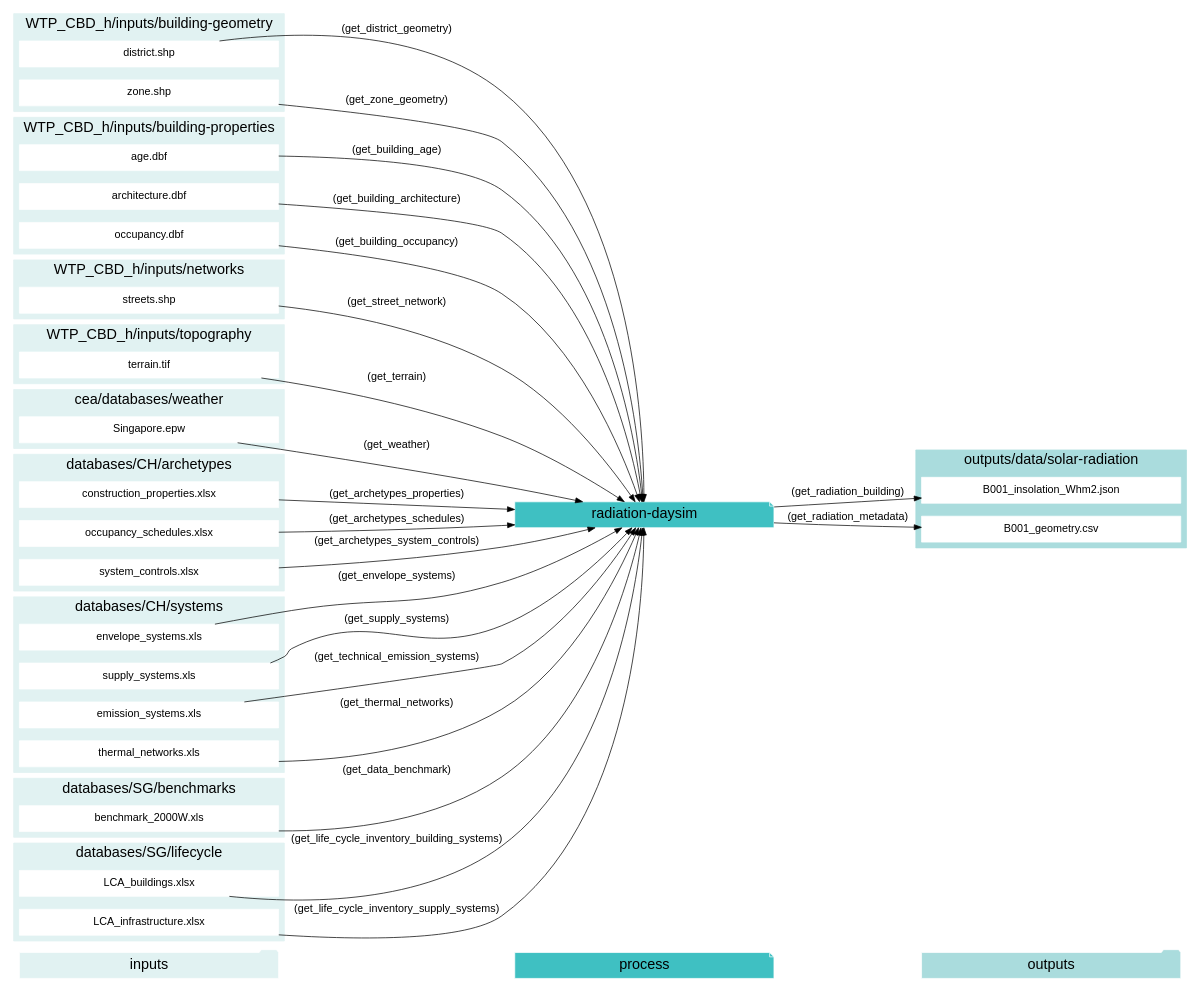
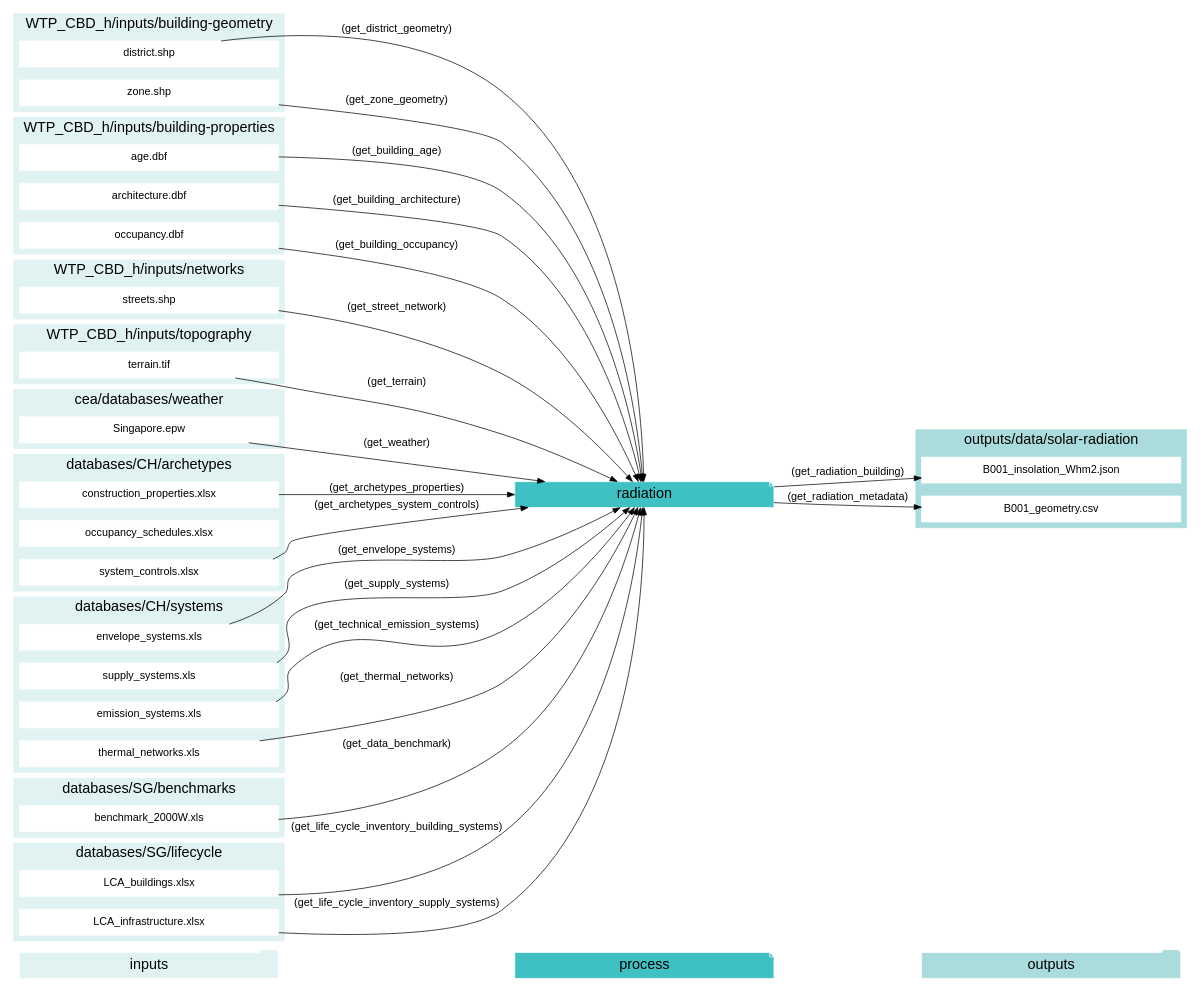
Diagram 11 of 12 in docs/script-data-flow.rst (architecture-building-systems/CityEnergyAnalyst), drawn with Graphviz before and after one commit. The commit also changed other lines of this file and 15 other files, not shown here.

Commit message:
get rid of radiation-daysim name ->> radiation

```diff
--- a/docs/script-data-flow.rst
+++ b/docs/script-data-flow.rst
@@ -1479,7 +1479,7 @@
     "inputs"->"process"[style=invis]
     "process"->"outputs"[style=invis]
     }
-    "radiation-daysim"[style=filled, color=white, fillcolor="#3FC0C2", shape=note, fontsize=20, fontname=arial];
+    "radiation"[style=filled, color=white, fillcolor="#3FC0C2", shape=note, fontsize=20, fontname=arial];
     subgraph cluster_0_in {
         style = filled;
         color = "#E1F2F2";
@@ -1570,24 +1570,23 @@
         "B001_insolation_Whm2.json"
         "B001_geometry.csv"
     }
-    "construction_properties.xlsx" -> "radiation-daysim"[label="(get_archetypes_properties)"]
-    "occupancy_schedules.xlsx" -> "radiation-daysim"[label="(get_archetypes_schedules)"]
-    "system_controls.xlsx" -> "radiation-daysim"[label="(get_archetypes_system_controls)"]
-    "age.dbf" -> "radiation-daysim"[label="(get_building_age)"]
-    "architecture.dbf" -> "radiation-daysim"[label="(get_building_architecture)"]
-    "occupancy.dbf" -> "radiation-daysim"[label="(get_building_occupancy)"]
-    "benchmark_2000W.xls" -> "radiation-daysim"[label="(get_data_benchmark)"]
-    "district.shp" -> "radiation-daysim"[label="(get_district_geometry)"]
-    "envelope_systems.xls" -> "radiation-daysim"[label="(get_envelope_systems)"]
-    "LCA_buildings.xlsx" -> "radiation-daysim"[label="(get_life_cycle_inventory_building_systems)"]
-    "LCA_infrastructure.xlsx" -> "radiation-daysim"[label="(get_life_cycle_inventory_supply_systems)"]
-    "streets.shp" -> "radiation-daysim"[label="(get_street_network)"]
-    "supply_systems.xls" -> "radiation-daysim"[label="(get_supply_systems)"]
-    "emission_systems.xls" -> "radiation-daysim"[label="(get_technical_emission_systems)"]
-    "terrain.tif" -> "radiation-daysim"[label="(get_terrain)"]
-    "thermal_networks.xls" -> "radiation-daysim"[label="(get_thermal_networks)"]
-    "Singapore.epw" -> "radiation-daysim"[label="(get_weather)"]
-    "zone.shp" -> "radiation-daysim"[label="(get_zone_geometry)"]
-    "radiation-daysim" -> "B001_insolation_Whm2.json"[label="(get_radiation_building)"]
-    "radiation-daysim" -> "B001_geometry.csv"[label="(get_radiation_metadata)"]
+    "construction_properties.xlsx" -> "radiation"[label="(get_archetypes_properties)"]
+    "system_controls.xlsx" -> "radiation"[label="(get_archetypes_system_controls)"]
+    "age.dbf" -> "radiation"[label="(get_building_age)"]
+    "architecture.dbf" -> "radiation"[label="(get_building_architecture)"]
+    "occupancy.dbf" -> "radiation"[label="(get_building_occupancy)"]
+    "benchmark_2000W.xls" -> "radiation"[label="(get_data_benchmark)"]
+    "district.shp" -> "radiation"[label="(get_district_geometry)"]
+    "envelope_systems.xls" -> "radiation"[label="(get_envelope_systems)"]
+    "LCA_buildings.xlsx" -> "radiation"[label="(get_life_cycle_inventory_building_systems)"]
+    "LCA_infrastructure.xlsx" -> "radiation"[label="(get_life_cycle_inventory_supply_systems)"]
+    "streets.shp" -> "radiation"[label="(get_street_network)"]
+    "supply_systems.xls" -> "radiation"[label="(get_supply_systems)"]
+    "emission_systems.xls" -> "radiation"[label="(get_technical_emission_systems)"]
+    "terrain.tif" -> "radiation"[label="(get_terrain)"]
+    "thermal_networks.xls" -> "radiation"[label="(get_thermal_networks)"]
+    "Singapore.epw" -> "radiation"[label="(get_weather)"]
+    "zone.shp" -> "radiation"[label="(get_zone_geometry)"]
+    "radiation" -> "B001_insolation_Whm2.json"[label="(get_radiation_building)"]
+    "radiation" -> "B001_geometry.csv"[label="(get_radiation_metadata)"]
     }
```
